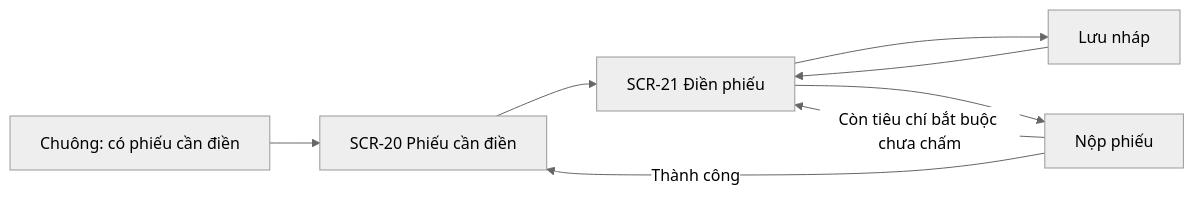
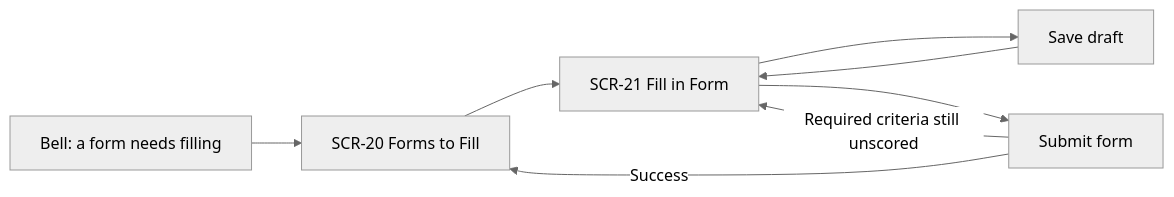
One commit to Akaza-ban/OCK-360 changed the fourth of 6 diagrams in docs/04-information-architecture.md. Above: the diagram before and after it, drawn with Mermaid (neutral theme). The commit also changed other lines of this file and 24 other files, not shown here.

````diff
--- a/docs/04-information-architecture.md
+++ b/docs/04-information-architecture.md
@@ -203,10 +203,10 @@
 ```mermaid
 flowchart LR
-    A["Chuông: có phiếu cần điền"] --> B["SCR-20 Phiếu cần điền"]
-    B --> C["SCR-21 Điền phiếu"]
-    C --> D["Lưu nháp"]
+    A["Bell: a form needs filling"] --> B["SCR-20 Forms to Fill"]
+    B --> C["SCR-21 Fill in Form"]
+    C --> D["Save draft"]
     D --> C
-    C --> E["Nộp phiếu"]
-    E -->|Còn tiêu chí bắt buộc chưa chấm| C
-    E -->|Thành công| B
+    C --> E["Submit form"]
+    E --> |Required criteria still unscored| C
+    E --> |Success| B
 ```
````
